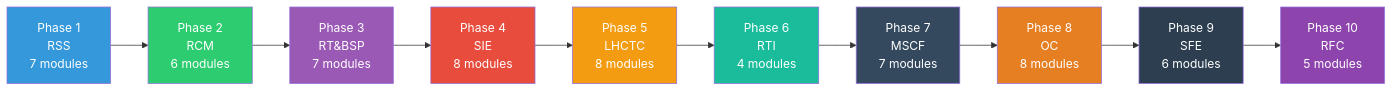
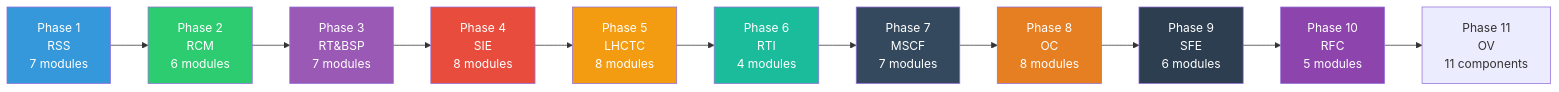
Before and after one commit to dabiggestpoppa/larger-lab: diagram 15 of 17 in CODEMAP.md, drawn with Mermaid. The commit also changed other lines of this file and 187 other files, not shown here.

````diff
--- a/CODEMAP.md
+++ b/CODEMAP.md
@@ -785,26 +785,27 @@
 ```mermaid
 graph LR
     P1[Phase 1<br/>RSS<br/>7 modules]
     P2[Phase 2<br/>RCM<br/>6 modules]
     P3[Phase 3<br/>RT&BSP<br/>7 modules]
     P4[Phase 4<br/>SIE<br/>8 modules]
     P5[Phase 5<br/>LHCTC<br/>8 modules]
     P6[Phase 6<br/>RTI<br/>4 modules]
     P7[Phase 7<br/>MSCF<br/>7 modules]
     P8[Phase 8<br/>OC<br/>8 modules]
     P9[Phase 9<br/>SFE<br/>6 modules]
     P10[Phase 10<br/>RFC<br/>5 modules]
+    P11[Phase 11<br/>OV<br/>11 components]
 
-    P1 --> P2 --> P3 --> P4 --> P5 --> P6 --> P7 --> P8 --> P9 --> P10
+    P1 --> P2 --> P3 --> P4 --> P5 --> P6 --> P7 --> P8 --> P9 --> P10 --> P11
 
     style P1 fill:#3498db,color:#fff
     style P2 fill:#2ecc71,color:#fff
     style P3 fill:#9b59b6,color:#fff
     style P4 fill:#e74c3c,color:#fff
     style P5 fill:#f39c12,color:#fff
     style P6 fill:#1abc9c,color:#fff
     style P7 fill:#34495e,color:#fff
     style P8 fill:#e67e22,color:#fff
     style P9 fill:#2c3e50,color:#fff
     style P10 fill:#8e44ad,color:#fff
 ```
````
